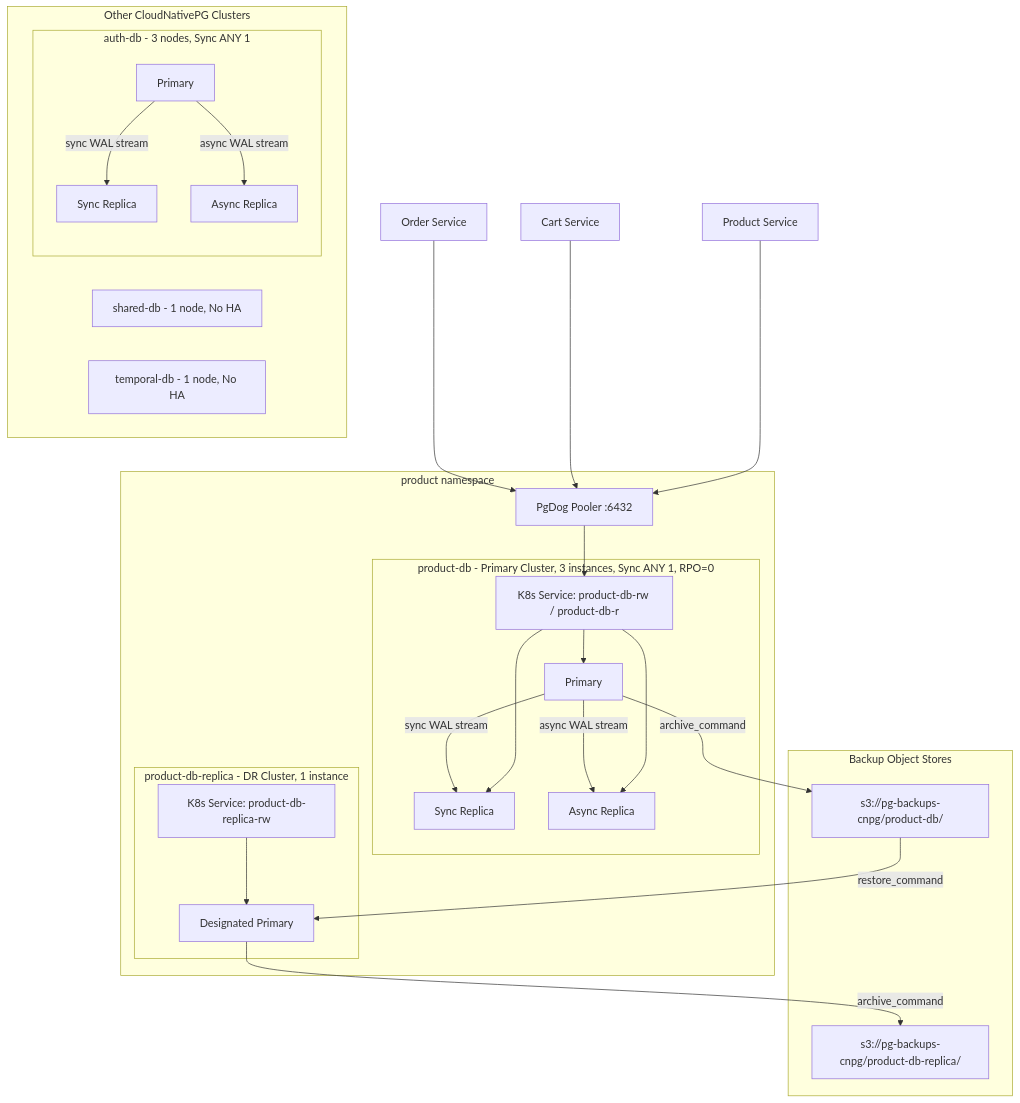
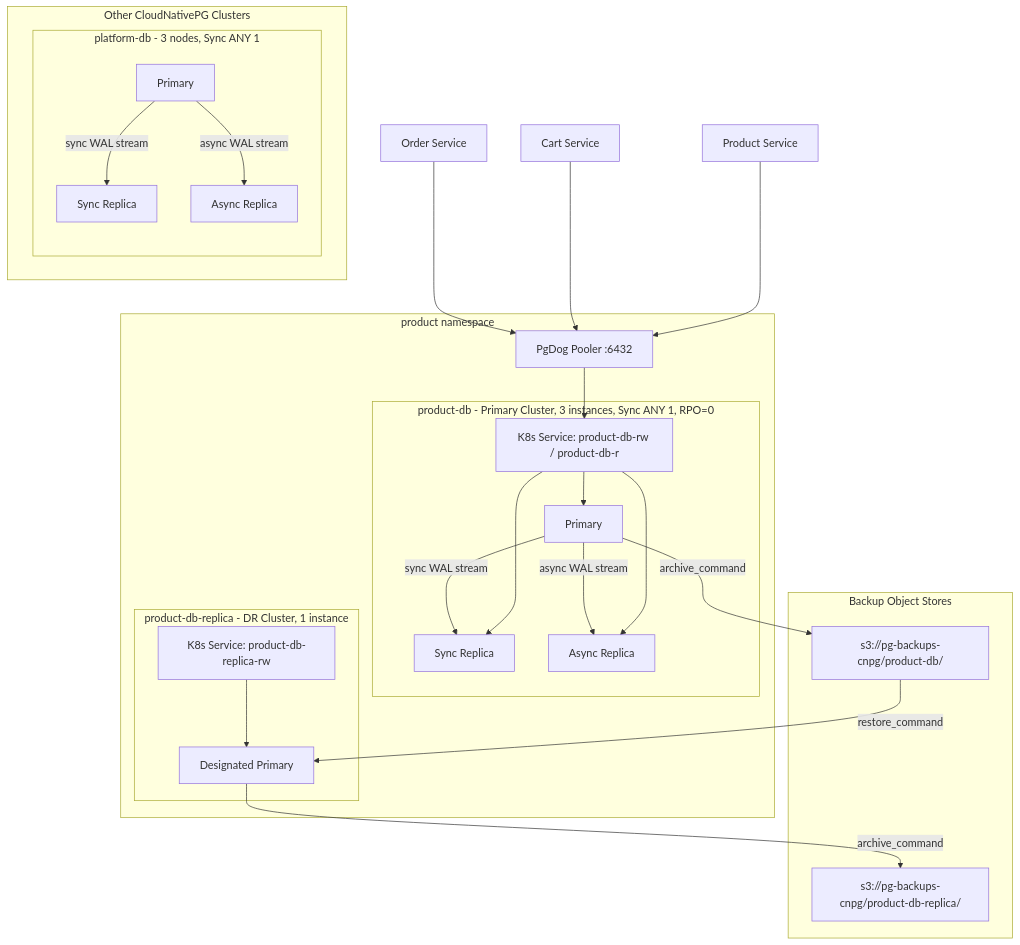
The first of 12 diagrams in docs/databases/004-replication-strategy.md (duynhlab/homelab), drawn with Mermaid before and after one commit. The commit also changed other lines of this file and 147 other files, not shown here.

````diff
--- a/docs/databases/004-replication-strategy.md
+++ b/docs/databases/004-replication-strategy.md
@@ -25,50 +23,48 @@
 ```mermaid
 flowchart TB
   subgraph productNS ["product namespace"]
     subgraph cnpgPrimary ["product-db - Primary Cluster, 3 instances, Sync ANY 1, RPO=0"]
       CnpgSvc["K8s Service: product-db-rw / product-db-r"]
       P1["Primary"]
       P2["Sync Replica"]
       P3["Async Replica"]
       CnpgSvc --> P1
       CnpgSvc --> P2
       CnpgSvc --> P3
       P1 -->|"sync WAL stream"| P2
       P1 -->|"async WAL stream"| P3
     end
 
     subgraph cnpgDR ["product-db-replica - DR Cluster, 1 instance"]
       DRSvc["K8s Service: product-db-replica-rw"]
       DR1["Designated Primary"]
       DRSvc --> DR1
     end
 
     PgDog["PgDog Pooler :6432"]
   end
 
   subgraph objStores ["Backup Object Stores"]
     PrimaryStore["s3://pg-backups-cnpg/product-db/"]
     DRStore["s3://pg-backups-cnpg/product-db-replica/"]
   end
 
   subgraph otherClusters ["Other CloudNativePG Clusters"]
-    subgraph authCluster ["auth-db - 3 nodes, Sync ANY 1"]
-      AuthP["Primary"]
-      AuthS1["Sync Replica"]
-      AuthS2["Async Replica"]
-      AuthP -->|"sync WAL stream"| AuthS1
-      AuthP -->|"async WAL stream"| AuthS2
+    subgraph platformCluster ["platform-db - 3 nodes, Sync ANY 1"]
+      PlatP["Primary"]
+      PlatS1["Sync Replica"]
+      PlatS2["Async Replica"]
+      PlatP -->|"sync WAL stream"| PlatS1
+      PlatP -->|"async WAL stream"| PlatS2
     end
-    SharedDB["shared-db - 1 node, No HA"]
-    TemporalDB["temporal-db - 1 node, No HA"]
   end
 
   ProductSvc["Product Service"] --> PgDog
   CartSvc["Cart Service"] --> PgDog
   OrderSvc["Order Service"] --> PgDog
   PgDog --> CnpgSvc
 
   P1 -->|"archive_command"| PrimaryStore
   PrimaryStore -->|"restore_command"| DR1
   DR1 -->|"archive_command"| DRStore
 ```
````
